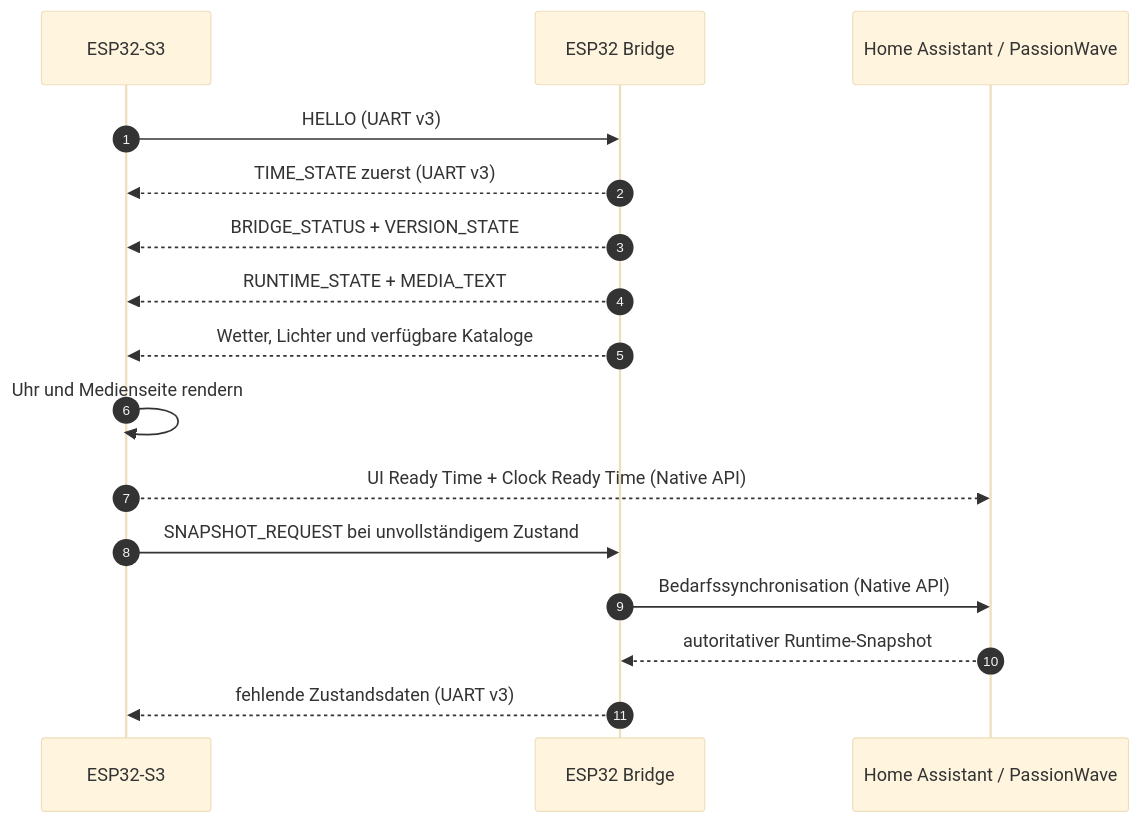
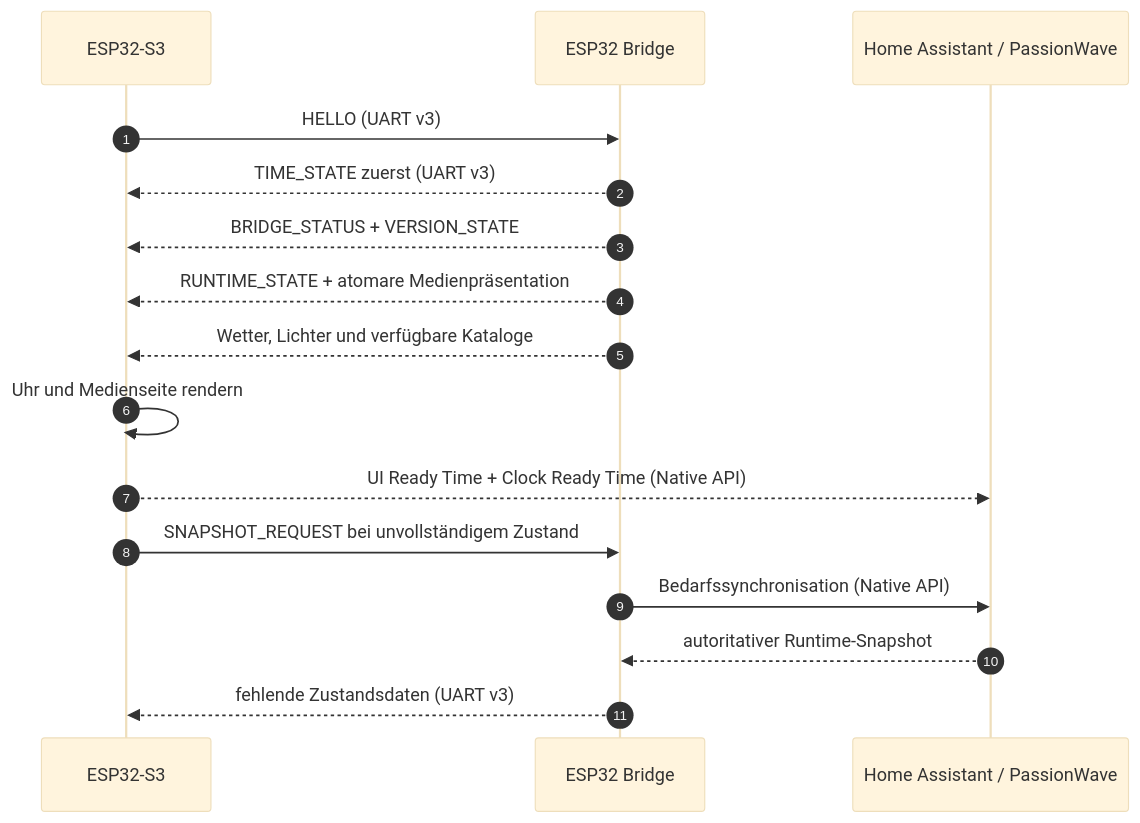
One commit to passion-wave/Passion-Wave-rotaryknob changed the third of 4 diagrams in docs/dual-mcu-ha-bridge.md. Above: the diagram before and after it, drawn with Mermaid (base theme). The commit also changed other lines of this file and 24 other files, not shown here.

````diff
--- a/docs/dual-mcu-ha-bridge.md
+++ b/docs/dual-mcu-ha-bridge.md
@@ -107,19 +116,19 @@
 ```mermaid
 sequenceDiagram
     autonumber
     participant S3 as ESP32-S3
     participant Bridge as ESP32 Bridge
     participant HA as Home Assistant / PassionWave
 
     S3->>Bridge: HELLO (UART v3)
     Bridge-->>S3: TIME_STATE zuerst (UART v3)
     Bridge-->>S3: BRIDGE_STATUS + VERSION_STATE
-    Bridge-->>S3: RUNTIME_STATE + MEDIA_TEXT
+    Bridge-->>S3: RUNTIME_STATE + atomare Medienpräsentation
     Bridge-->>S3: Wetter, Lichter und verfügbare Kataloge
     S3->>S3: Uhr und Medienseite rendern
     S3-->>HA: UI Ready Time + Clock Ready Time (Native API)
     S3->>Bridge: SNAPSHOT_REQUEST bei unvollständigem Zustand
     Bridge->>HA: Bedarfssynchronisation (Native API)
     HA-->>Bridge: autoritativer Runtime-Snapshot
     Bridge-->>S3: fehlende Zustandsdaten (UART v3)
 ```
````
